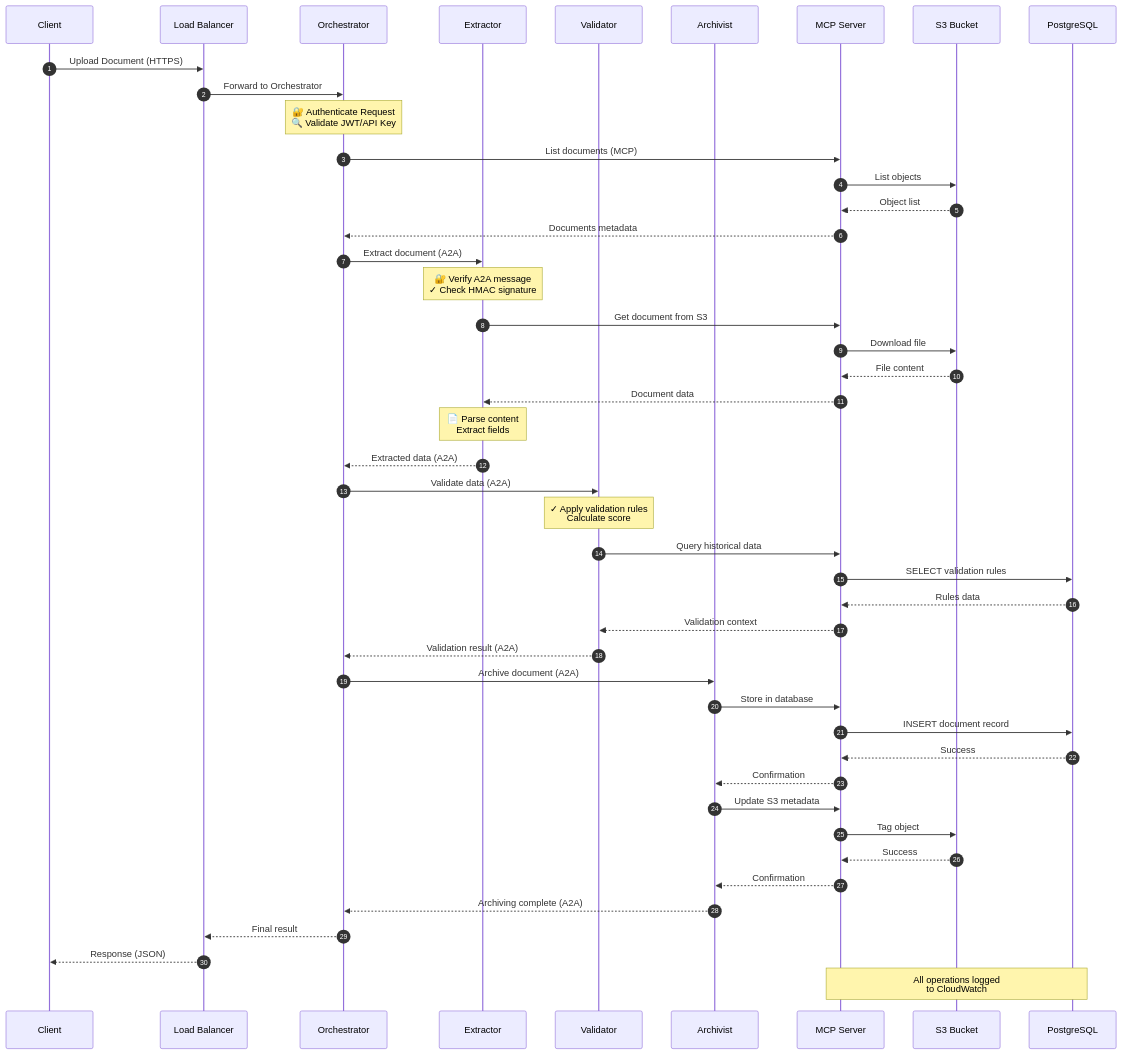
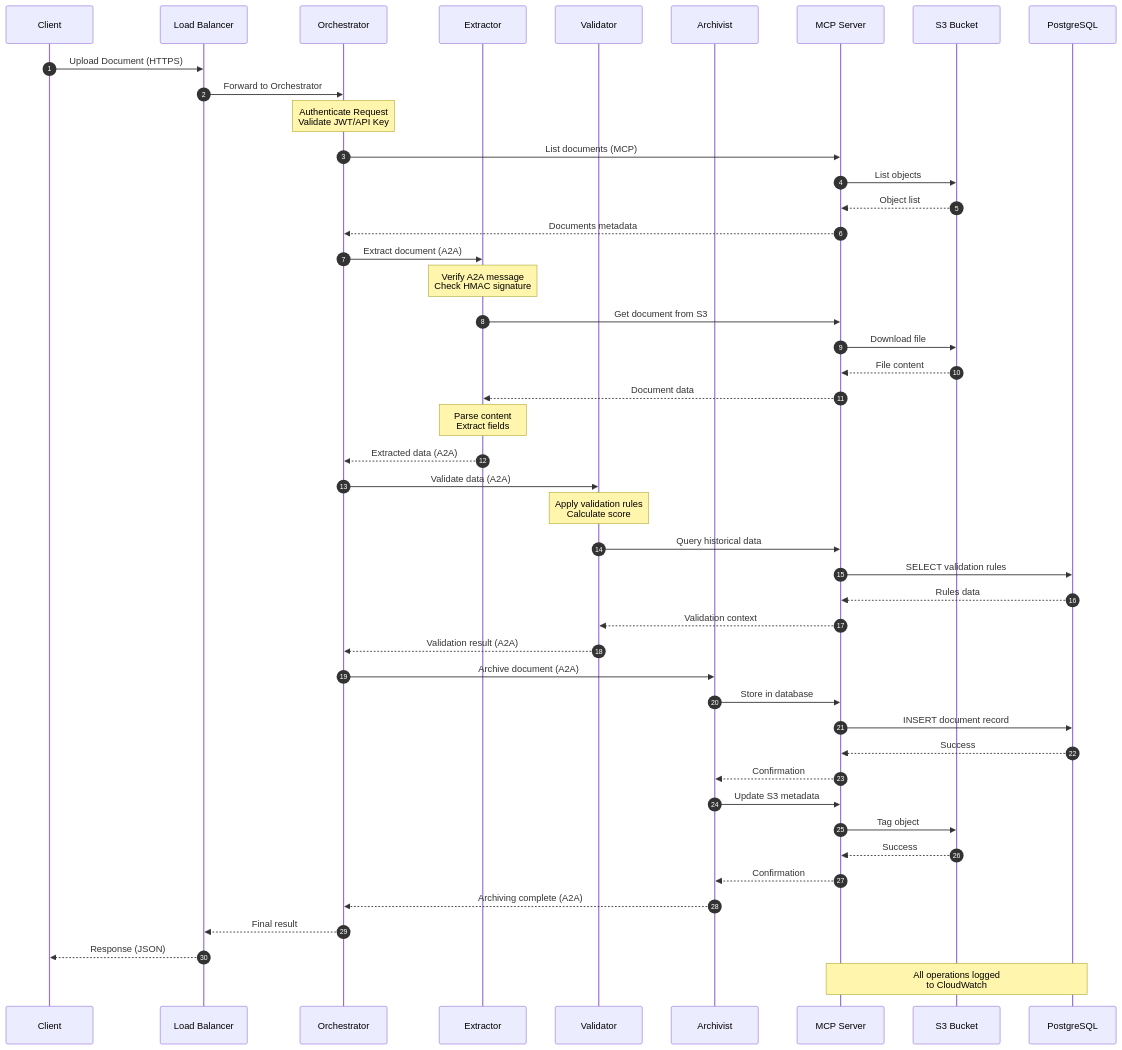
One commit to jaafar-benabderrazak/ca_a2a changed the second of 4 diagrams in COMPLETE_DEMO_GUIDE.md. Above: the diagram before and after it, drawn with Mermaid. The commit also changed other lines of this file and 19 other files, not shown here.

````diff
--- a/COMPLETE_DEMO_GUIDE.md
+++ b/COMPLETE_DEMO_GUIDE.md
@@ -173,55 +173,55 @@
 ```mermaid
 sequenceDiagram
-    autonumber
-    participant C as Client
-    participant ALB as Load Balancer
-    participant O as Orchestrator
-    participant E as Extractor
-    participant V as Validator
-    participant A as Archivist
-    participant M as MCP Server
-    participant S3 as S3 Bucket
-    participant DB as PostgreSQL
-    
-    C->>ALB: Upload Document (HTTPS)
-    ALB->>O: Forward to Orchestrator
-    Note over O: 🔐 Authenticate Request<br/>🔍 Validate JWT/API Key
-    
-    O->>M: List documents (MCP)
-    M->>S3: List objects
-    S3-->>M: Object list
-    M-->>O: Documents metadata
-    
-    O->>E: Extract document (A2A)
-    Note over E: 🔐 Verify A2A message<br/>✓ Check HMAC signature
-    E->>M: Get document from S3
-    M->>S3: Download file
-    S3-->>M: File content
-    M-->>E: Document data
-    Note over E: 📄 Parse content<br/>Extract fields
-    E-->>O: Extracted data (A2A)
-    
-    O->>V: Validate data (A2A)
-    Note over V: ✓ Apply validation rules<br/>Calculate score
-    V->>M: Query historical data
-    M->>DB: SELECT validation rules
-    DB-->>M: Rules data
-    M-->>V: Validation context
-    V-->>O: Validation result (A2A)
-    
-    O->>A: Archive document (A2A)
-    A->>M: Store in database
-    M->>DB: INSERT document record
-    DB-->>M: Success
-    M-->>A: Confirmation
-    A->>M: Update S3 metadata
-    M->>S3: Tag object
-    S3-->>M: Success
-    M-->>A: Confirmation
-    A-->>O: Archiving complete (A2A)
-    
-    O-->>ALB: Final result
-    ALB-->>C: Response (JSON)
-    
-    Note over M,DB: All operations logged<br/>to CloudWatch
+ autonumber
+ participant C as Client
+ participant ALB as Load Balancer
+ participant O as Orchestrator
+ participant E as Extractor
+ participant V as Validator
+ participant A as Archivist
+ participant M as MCP Server
+ participant S3 as S3 Bucket
+ participant DB as PostgreSQL
+ 
+ C->>ALB: Upload Document (HTTPS)
+ ALB->>O: Forward to Orchestrator
+ Note over O: Authenticate Request<br/> Validate JWT/API Key
+ 
+ O->>M: List documents (MCP)
+ M->>S3: List objects
+ S3-->>M: Object list
+ M-->>O: Documents metadata
+ 
+ O->>E: Extract document (A2A)
+ Note over E: Verify A2A message<br/> Check HMAC signature
+ E->>M: Get document from S3
+ M->>S3: Download file
+ S3-->>M: File content
+ M-->>E: Document data
+ Note over E: Parse content<br/>Extract fields
+ E-->>O: Extracted data (A2A)
+ 
+ O->>V: Validate data (A2A)
+ Note over V: Apply validation rules<br/>Calculate score
+ V->>M: Query historical data
+ M->>DB: SELECT validation rules
+ DB-->>M: Rules data
+ M-->>V: Validation context
+ V-->>O: Validation result (A2A)
+ 
+ O->>A: Archive document (A2A)
+ A->>M: Store in database
+ M->>DB: INSERT document record
+ DB-->>M: Success
+ M-->>A: Confirmation
+ A->>M: Update S3 metadata
+ M->>S3: Tag object
+ S3-->>M: Success
+ M-->>A: Confirmation
+ A-->>O: Archiving complete (A2A)
+ 
+ O-->>ALB: Final result
+ ALB-->>C: Response (JSON)
+ 
+ Note over M,DB: All operations logged<br/>to CloudWatch
 ```
````
